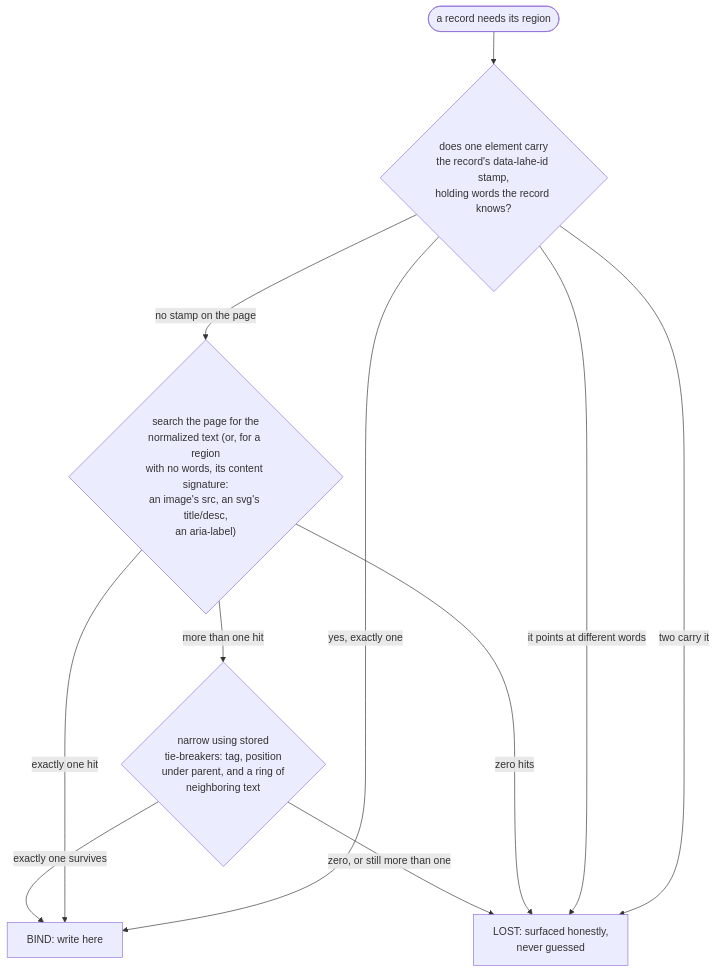
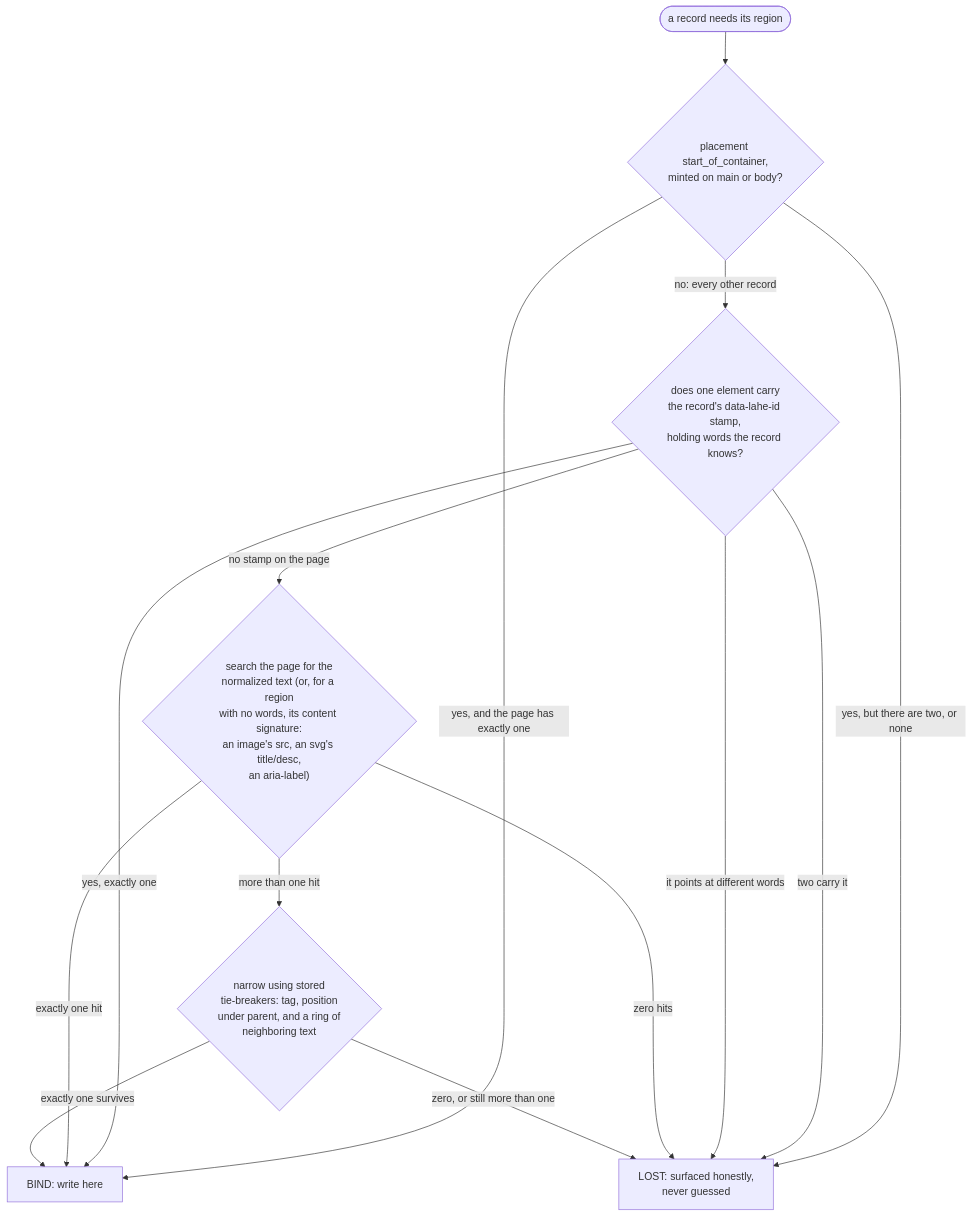
The diagram in docs/diagrams/finding_the_region.md (kenxle/live-agentic-html-editor), drawn with Mermaid before and after one commit. The commit also changed other lines of this file and 2 other files, not shown here.

Commit message:
Free writing 2.3: starting in empty space, and the empty page
A reviewer could only write where words already were. While any edit is
open, a gap between blocks (or below the last one) now shows "+ Write here",
stopped at the rail's berth, fading with the frame's own transition and
shown at once under reduced motion. Clicking it commits the open sitting and
opens a new one after the block above, with a "Start writing" placeholder
drawn in the layer's own root, never in the page or the record.
Cmd-Shift-E with the caret in no block enters edit state with no block open.

An empty page opens ready to type (PQ1), anchored on main with
start_of_container, after the marked file-name title. The anchor ladder's
empty-container rung, already in anchor.js, is now tested: it resolves such
a record on an empty page and after the notes are placed, and never catches
an after_anchor record whose anchor is gone. finding_the_region.md shows it.

````diff
--- a/docs/diagrams/finding_the_region.md
+++ b/docs/diagrams/finding_the_region.md
@@ -7,16 +7,19 @@
 ```mermaid
 flowchart TD
-  Start(["a record needs its region"]) --> Stamp{"does one element carry<br/>the record's data-lahe-id stamp,<br/>holding words the record knows?"}
+  Start(["a record needs its region"]) --> Container{"placement start_of_container,<br/>minted on main or body?"}
+  Container -- "yes, and the page has exactly one" --> Bind
+  Container -- "yes, but there are two, or none" --> Lost
+  Container -- "no: every other record" --> Stamp{"does one element carry<br/>the record's data-lahe-id stamp,<br/>holding words the record knows?"}
 
   Stamp -- "yes, exactly one" --> Bind["BIND: write here"]
   Stamp -- "two carry it" --> Lost
   Stamp -- "it points at different words" --> Lost
   Stamp -- "no stamp on the page" --> Text{"search the page for the<br/>normalized text (or, for a region<br/>with no words, its content signature:<br/>an image's src, an svg's title/desc,<br/>an aria-label)"}
 
   Text -- "zero hits" --> Lost
   Text -- "exactly one hit" --> Bind
   Text -- "more than one hit" --> Narrow{"narrow using stored<br/>tie-breakers: tag, position<br/>under parent, and a ring of<br/>neighboring text"}
 
   Narrow -- "exactly one survives" --> Bind
   Narrow -- "zero, or still more than one" --> Lost["LOST: surfaced honestly,<br/>never guessed"]
 ```
````
